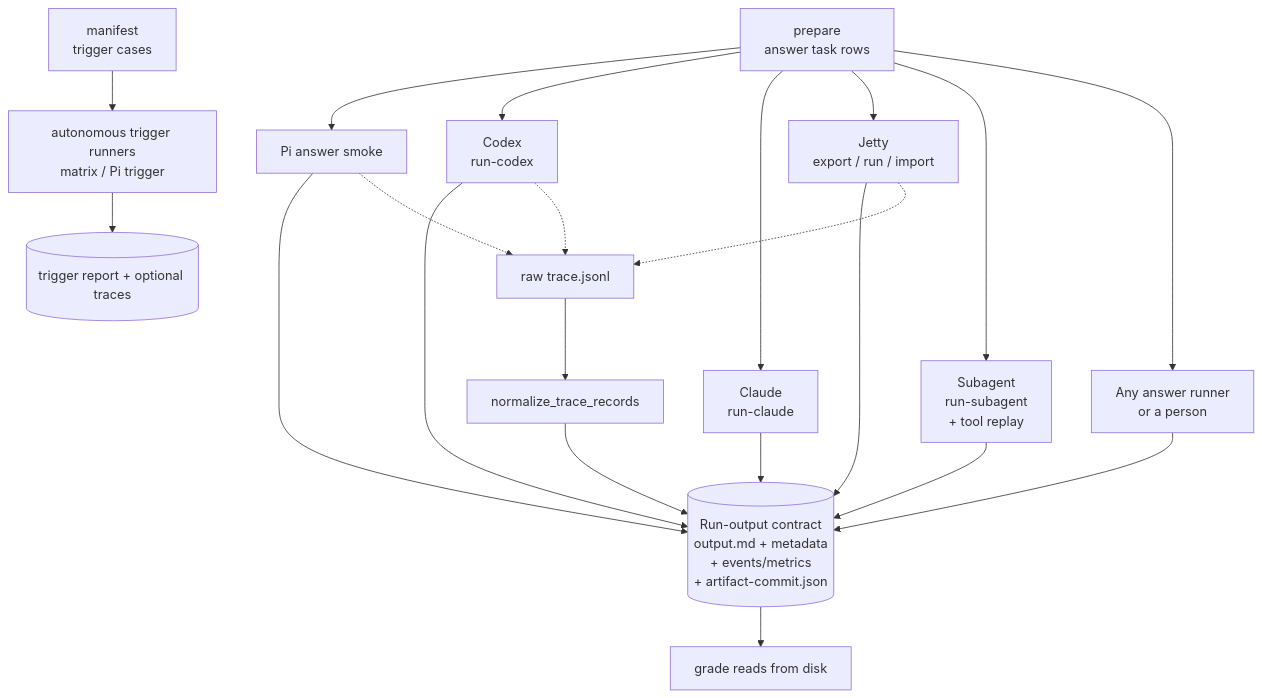
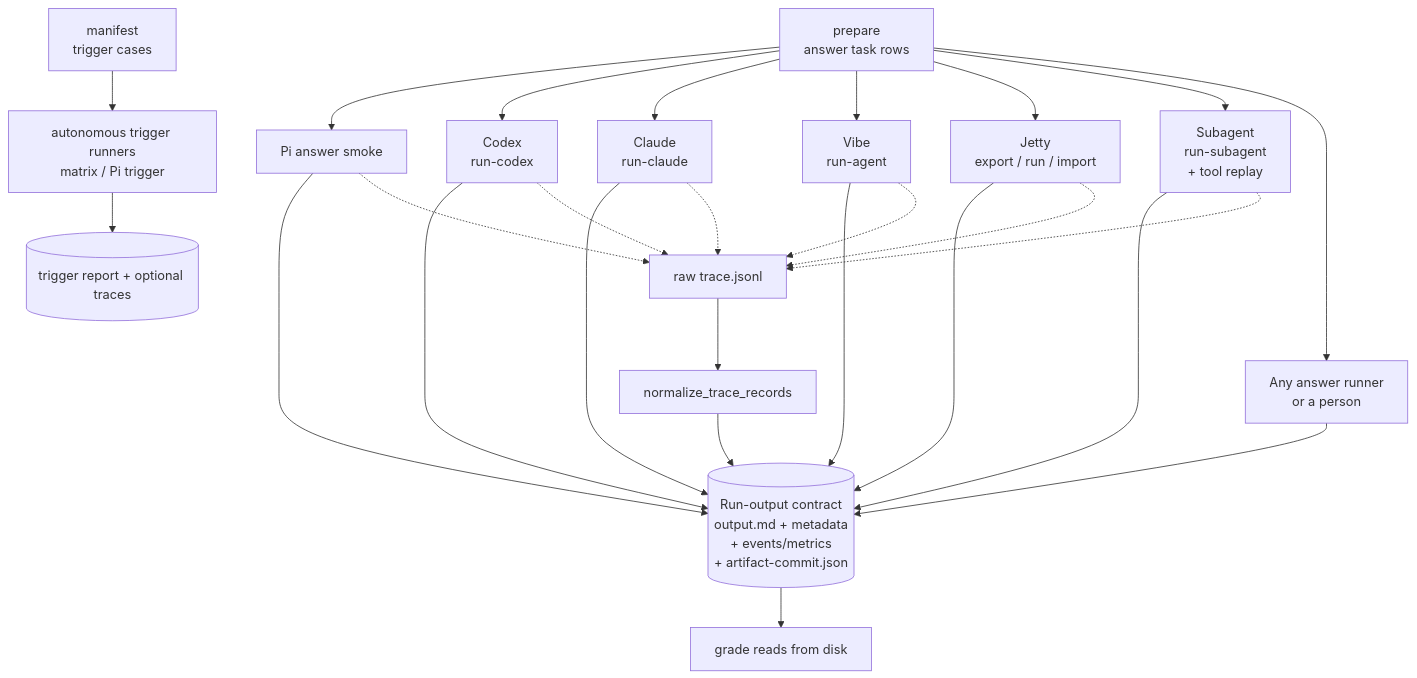
One commit to adewale/skill-eval-harness changed the third of 4 diagrams in docs/architecture.md. Above: the diagram before and after it, drawn with Mermaid. The commit also changed other lines of this file and 6 other files, not shown here.

First line of the commit message:
docs: cover the full pipeline in the OTel roadmap (#63)

````diff
--- a/docs/architecture.md
+++ b/docs/architecture.md
@@ -103,27 +131,32 @@
 ```mermaid
 flowchart TB
     P[prepare\nanswer task rows] --> PI[Pi answer smoke]
     P --> CX[Codex\nrun-codex]
     P --> CL[Claude\nrun-claude]
+    P --> VB[Vibe\nrun-agent]
     P --> JT[Jetty\nexport / run / import]
     P --> SUB[Subagent\nrun-subagent\n+ tool replay]
     P --> HUM[Any answer runner\nor a person]
 
     M[manifest\ntrigger cases] --> TR[autonomous trigger runners\nmatrix / Pi trigger]
     TR --> TRR[(trigger report + optional traces)]
 
     PI --> CONTRACT
     CX --> CONTRACT
     CL --> CONTRACT
+    VB --> CONTRACT
     JT --> CONTRACT
     SUB --> CONTRACT
     HUM --> CONTRACT
 
     RAW[raw trace.jsonl] --> NORM[normalize_trace_records]
     PI -.-> RAW
     CX -.-> RAW
+    CL -.-> RAW
+    VB -.-> RAW
     JT -.-> RAW
+    SUB -.-> RAW
     NORM --> CONTRACT[(Run-output contract\noutput.md + metadata\n+ events/metrics\n+ artifact-commit.json)]
 
     CONTRACT --> GR[grade reads from disk]
 ```
````
